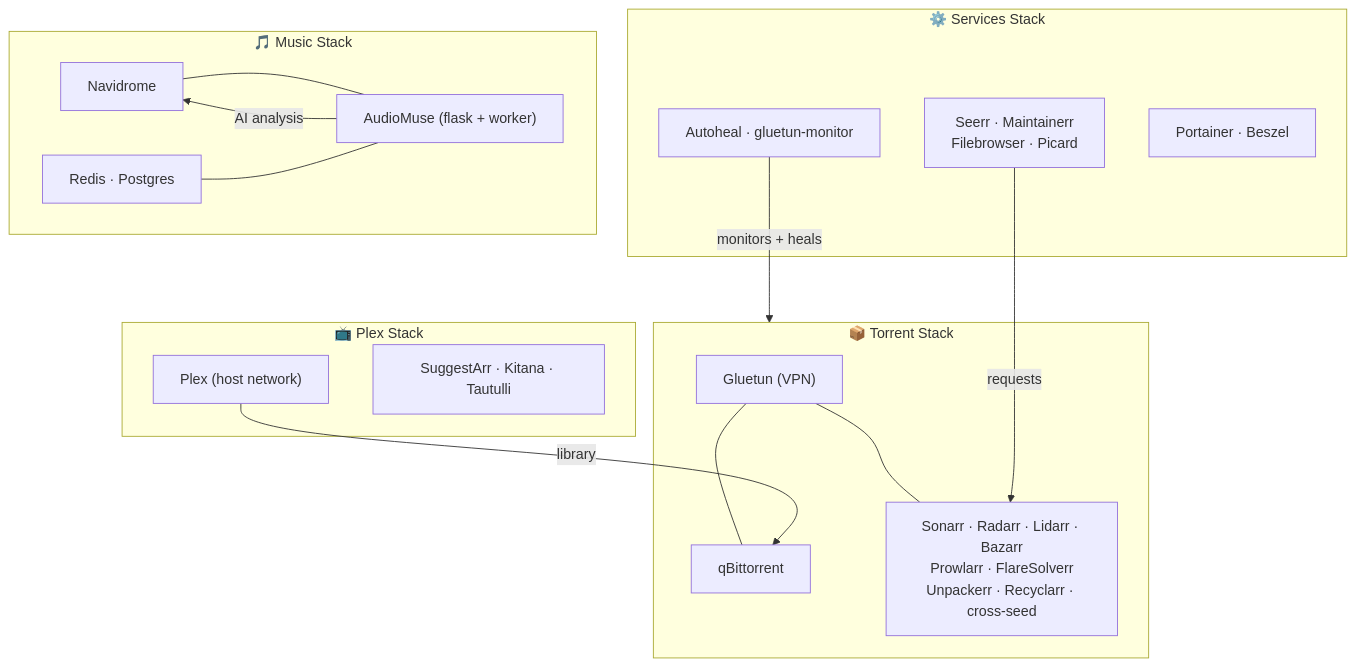
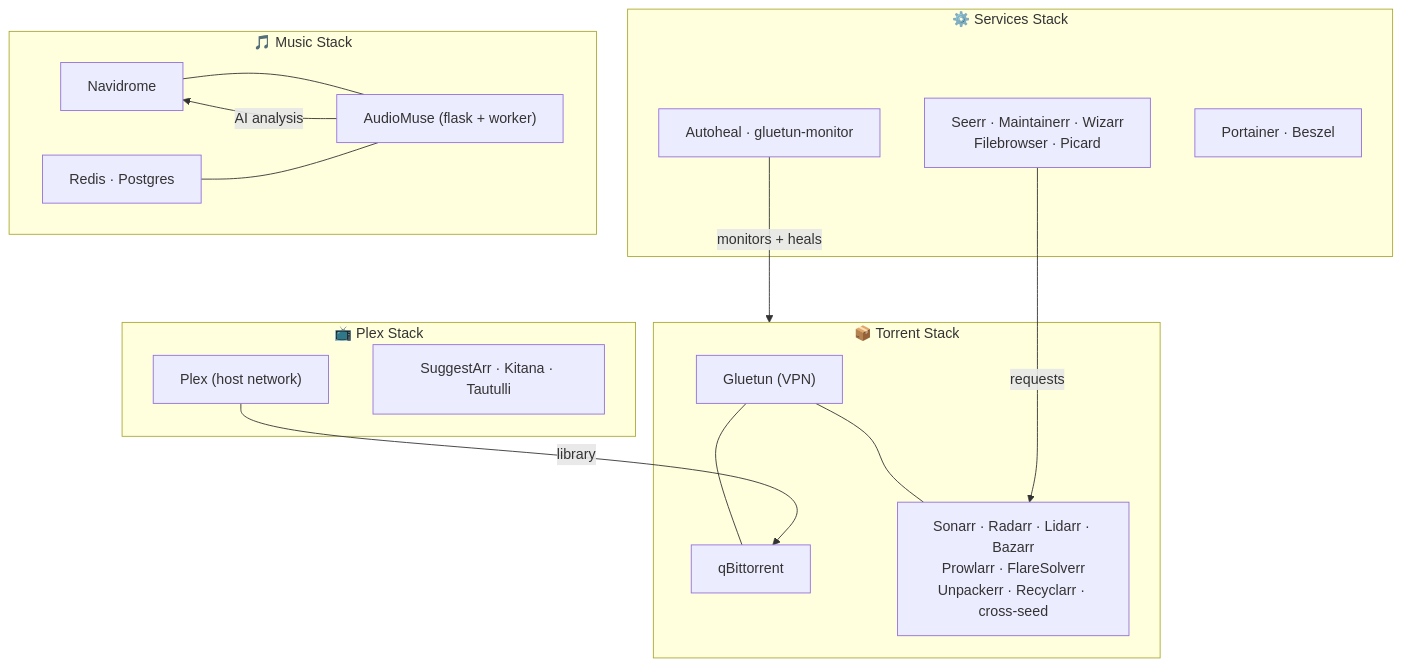
The diagram in README.md (ZisisKostakakis/homelab-media), drawn with Mermaid before and after one commit. The commit also changed other lines of this file, not shown here.

Commit message:
docs(readme): document Wizarr setup and add it to service tables

````diff
--- a/README.md
+++ b/README.md
@@ -34,33 +34,33 @@
 ```mermaid
 graph TB
     subgraph TORRENT["📦 Torrent Stack"]
         GL["Gluetun (VPN)"]
         QB["qBittorrent"]
         ARR["Sonarr · Radarr · Lidarr · Bazarr\nProwlarr · FlareSolverr\nUnpackerr · Recyclarr · cross-seed"]
         GL --- QB & ARR
     end
 
     subgraph PLEX["📺 Plex Stack"]
         PX["Plex (host network)"]
         PS["SuggestArr · Kitana · Tautulli"]
     end
 
     subgraph SERVICES["⚙️ Services Stack"]
-        SR["Seerr · Maintainerr\nFilebrowser · Picard"]
+        SR["Seerr · Maintainerr · Wizarr\nFilebrowser · Picard"]
         SH["Autoheal · gluetun-monitor"]
         OPS["Portainer · Beszel"]
     end
 
     subgraph MUSIC["🎵 Music Stack"]
         NAV["Navidrome"]
         AM["AudioMuse (flask + worker)"]
         DB["Redis · Postgres"]
         NAV --- AM
         DB --- AM
     end
 
     SR -->|"requests"| ARR
     PX -->|"library"| QB
     SH -->|"monitors + heals"| TORRENT
     AM -->|"AI analysis"| NAV
 ```
````
